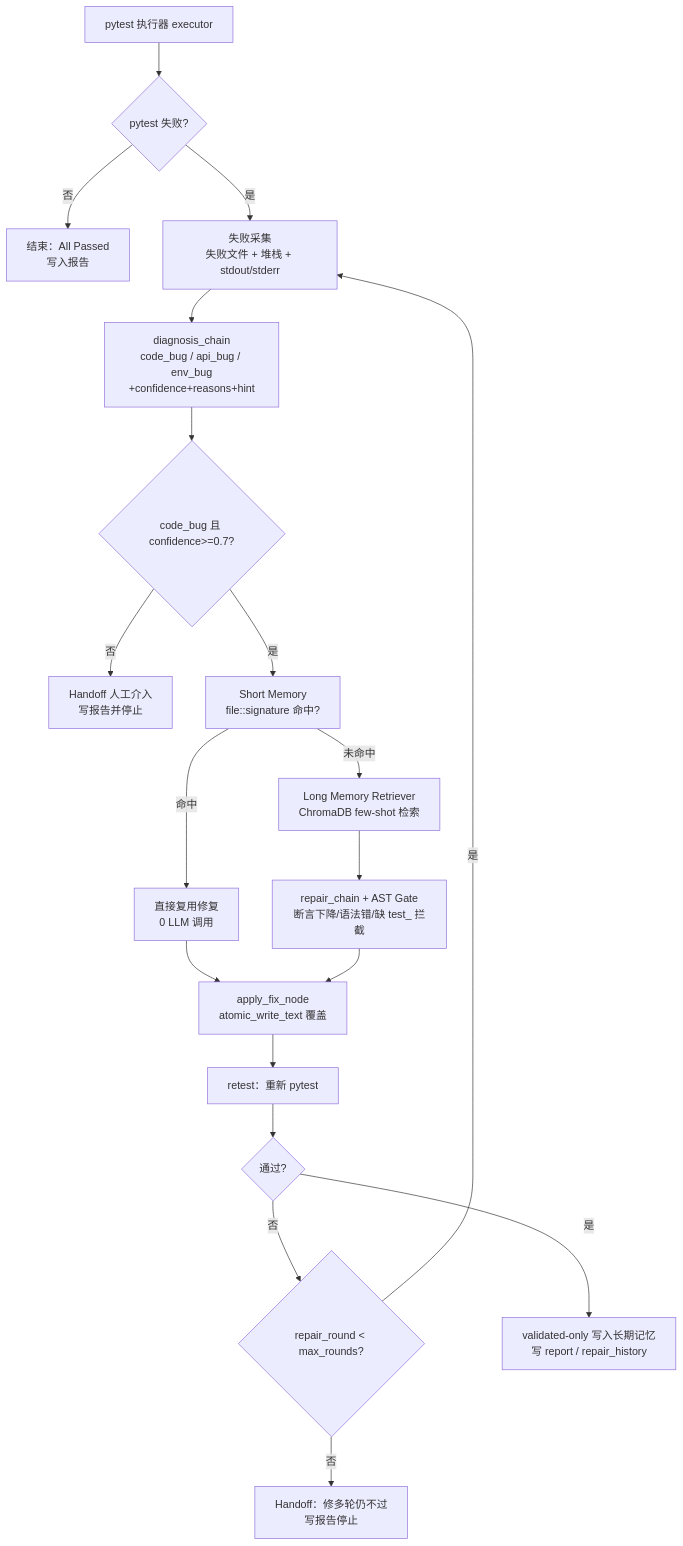
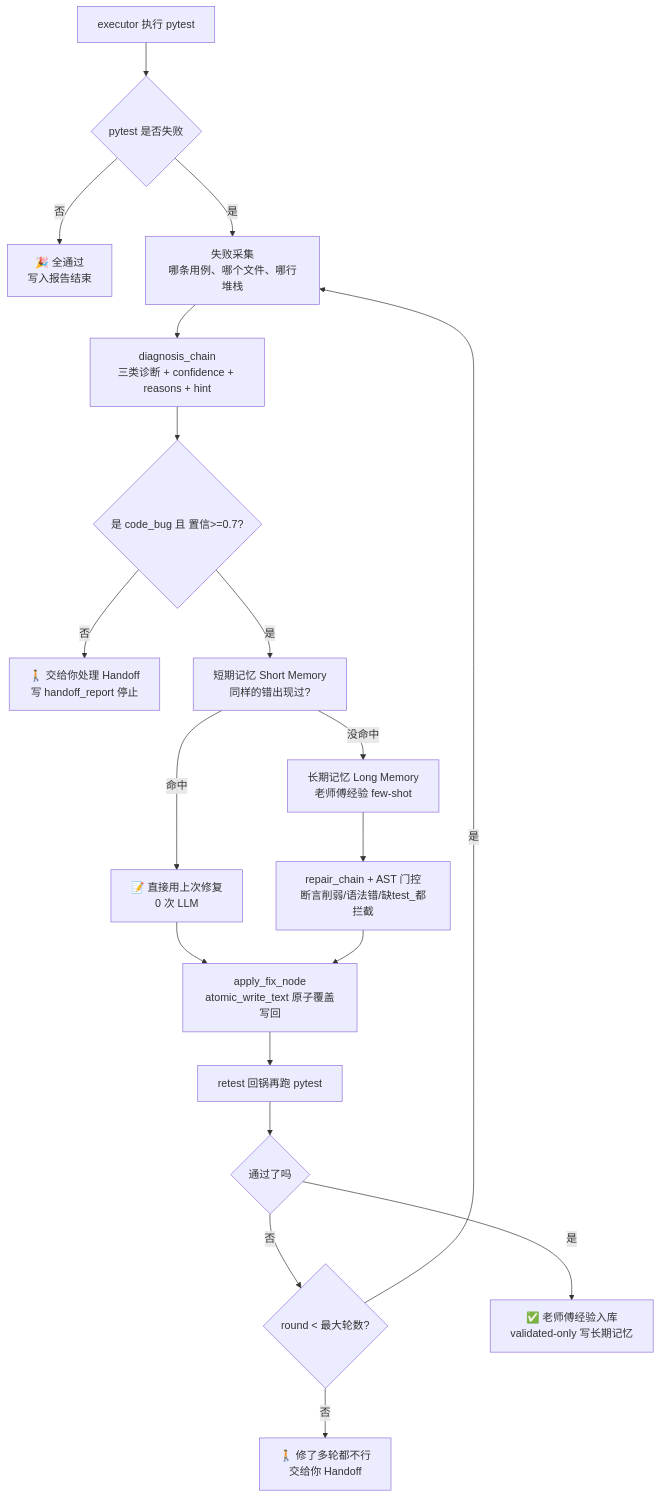
The second of 2 diagrams in README.md (hanxiwei/api_test_agent_pro), drawn with Mermaid before and after one commit. The commit also changed other lines of this file, not shown here.

````diff
--- a/README.md
+++ b/README.md
@@ -132,21 +165,21 @@
 ```mermaid
 flowchart TD
-  A[pytest 执行器 executor] --> B{pytest 失败?}
-  B -- 否 --> C[结束：All Passed<br/>写入报告]
-  B -- 是 --> D[失败采集<br/>失败文件 + 堆栈 + stdout/stderr]
-  D --> E[diagnosis_chain<br/>code_bug / api_bug / env_bug<br/>+confidence+reasons+hint]
-  E --> F{code_bug 且 confidence>=0.7?}
-  F -- 否 --> G[Handoff 人工介入<br/>写报告并停止]
-  F -- 是 --> H[Short Memory<br/>file::signature 命中?]
-  H -- 命中 --> I[直接复用修复<br/>0 LLM 调用]
-  H -- 未命中 --> J[Long Memory Retriever<br/>ChromaDB few-shot 检索]
-  J --> K[repair_chain + AST Gate<br/>断言下降/语法错/缺 test_ 拦截]
-  I --> L[apply_fix_node<br/>atomic_write_text 覆盖]
+  A[executor 执行 pytest] --> B{pytest 是否失败}
+  B -- 否 --> C[🎉 全通过<br/>写入报告结束]
+  B -- 是 --> D[失败采集<br/>哪条用例、哪个文件、哪行堆栈]
+  D --> E[diagnosis_chain<br/>三类诊断 + confidence + reasons + hint]
+  E --> F{是 code_bug 且 置信>=0.7?}
+  F -- 否 --> G[🚶 交给你处理 Handoff<br/>写 handoff_report 停止]
+  F -- 是 --> H[短期记忆 Short Memory<br/>同样的错出现过?]
+  H -- 命中 --> I[📝 直接用上次修复<br/>0 次 LLM]
+  H -- 没命中 --> J[长期记忆 Long Memory<br/>老师傅经验 few-shot]
+  J --> K[repair_chain + AST 门控<br/>断言削弱/语法错/缺test_都拦截]
+  I --> L[apply_fix_node<br/>atomic_write_text 原子覆盖写回]
   K --> L
-  L --> M[retest：重新 pytest]
-  M --> N{通过?}
-  N -- 否 --> O{repair_round < max_rounds?}
+  L --> M[retest 回锅再跑 pytest]
+  M --> N{通过了吗}
+  N -- 否 --> O{round < 最大轮数?}
   O -- 是 --> D
-  O -- 否 --> P[Handoff：修多轮仍不过<br/>写报告停止]
-  N -- 是 --> Q[validated-only 写入长期记忆<br/>写 report / repair_history]
+  O -- 否 --> P[🚶 修了多轮都不行<br/>交给你 Handoff]
+  N -- 是 --> Q[✅ 老师傅经验入库<br/>validated-only 写长期记忆]
 ```
````
